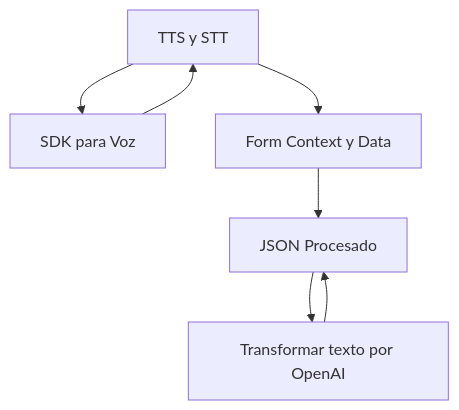
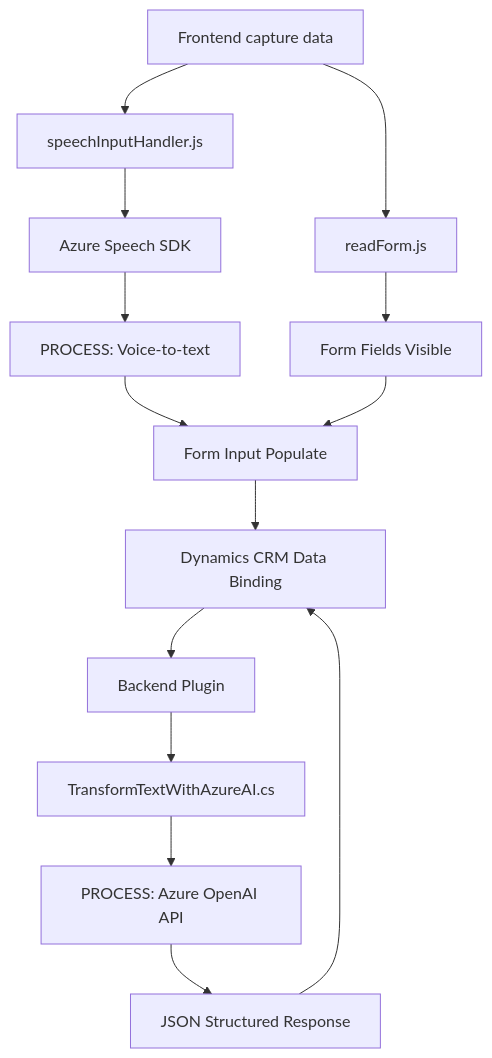
The diagram in README.md (blopezdm/NETCORE_BILBAO2025), drawn with Mermaid before and after one commit. The commit also changed other lines of this file, not shown here.

````diff
--- a/README.md
+++ b/README.md
@@ -53,15 +59,17 @@
 ```mermaid
 graph TD
-    A["Frontend - Procesamiento de voz y formulario"]
-    B["Azure Speech SDK"]
-    C["Dynamics 365 API"]
-    D["Backend - Plugin TransformTextWithAzureAI"]
-    E["Azure OpenAI API"]
-    
-    A --> B["SDK para Voz"]
-    B --> A["TTS y STT"]
-    A --> C["Form Context y Data"]
-    C --> D["Datos del formulario"]
-    D --> E["Transformar texto por OpenAI"]
-    E --> D["JSON Procesado"]
+    A["Frontend capture data"] --> B["readForm.js"]
+    A --> C["speechInputHandler.js"]
+    B --> D["Form Fields Visible"]
+    C --> E["Azure Speech SDK"]
+    E --> F["PROCESS: Voice-to-text"]
+    F --> G["Form Input Populate"]
+    D --> G
+    G --> H["Dynamics CRM Data Binding"]
+
+    H --> I["Backend Plugin"]
+    I --> J["TransformTextWithAzureAI.cs"]
+    J --> K["PROCESS: Azure OpenAI API"]
+    K --> L["JSON Structured Response"]
+    L --> H
 ```
````
